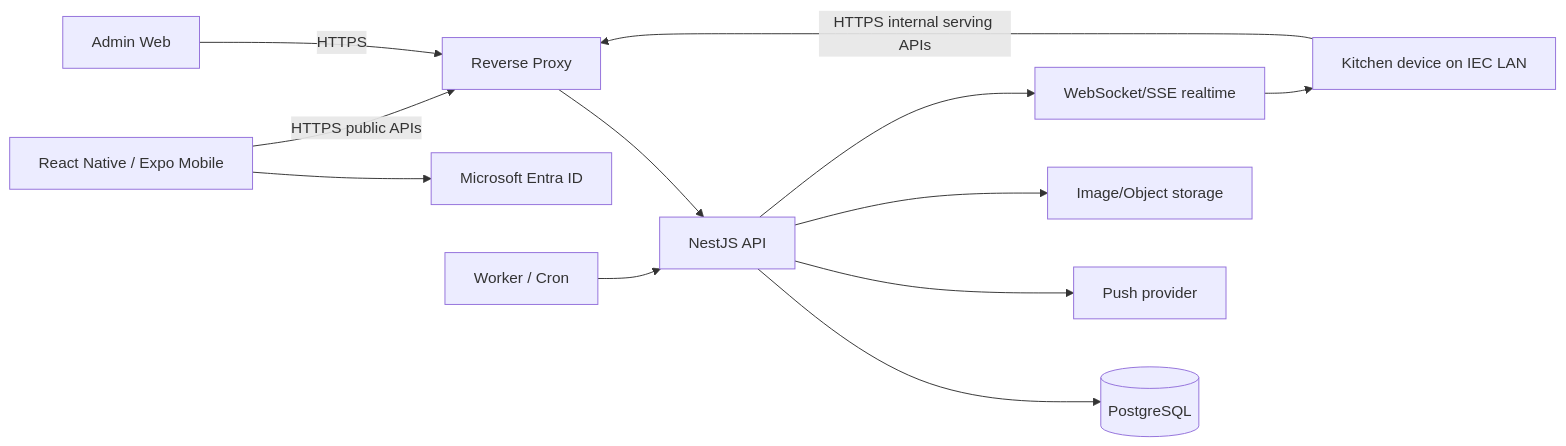
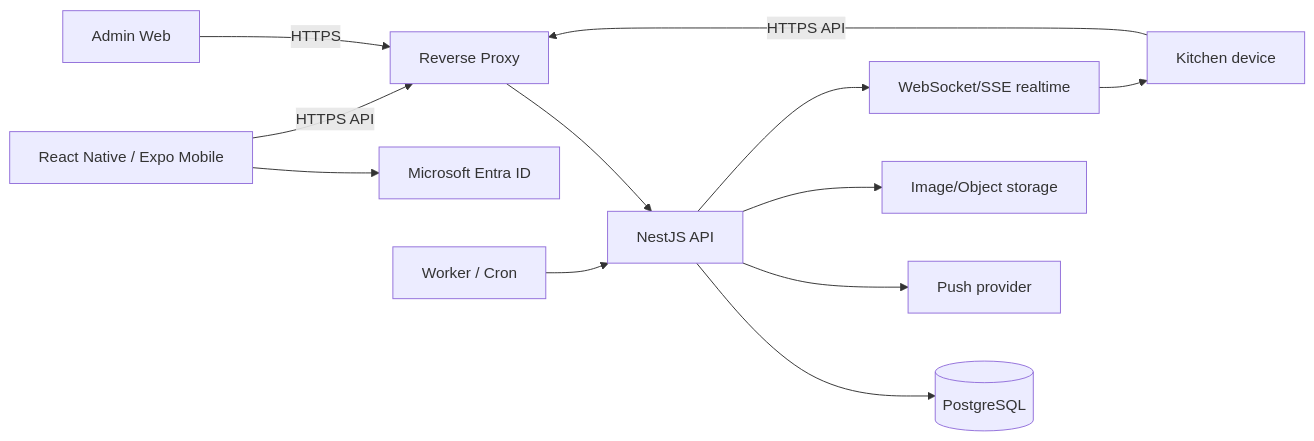
The diagram in docs/02-technical-requirements.md (Wkiugt/IMeal-v3), drawn with Mermaid before and after one commit. The commit also changed other lines of this file and 10 other files, not shown here.

````diff
--- a/docs/02-technical-requirements.md
+++ b/docs/02-technical-requirements.md
@@ -9,14 +9,14 @@
 ```mermaid
 flowchart LR
     M[React Native / Expo Mobile] --> EN[Microsoft Entra ID]
-    M -->|HTTPS public APIs| RP[Reverse Proxy]
-    K[Kitchen device on IEC LAN] -->|HTTPS internal serving APIs| RP
+    M -->|HTTPS API| RP[Reverse Proxy]
+    K[Kitchen device] -->|HTTPS API| RP
     AW[Admin Web] -->|HTTPS| RP
     RP --> API[NestJS API]
     API --> PG[(PostgreSQL)]
     API --> PUSH[Push provider]
     API --> IMG[Image/Object storage]
     JOB[Worker / Cron] --> API
     API --> WS[WebSocket/SSE realtime]
     WS --> K
 ```
````
